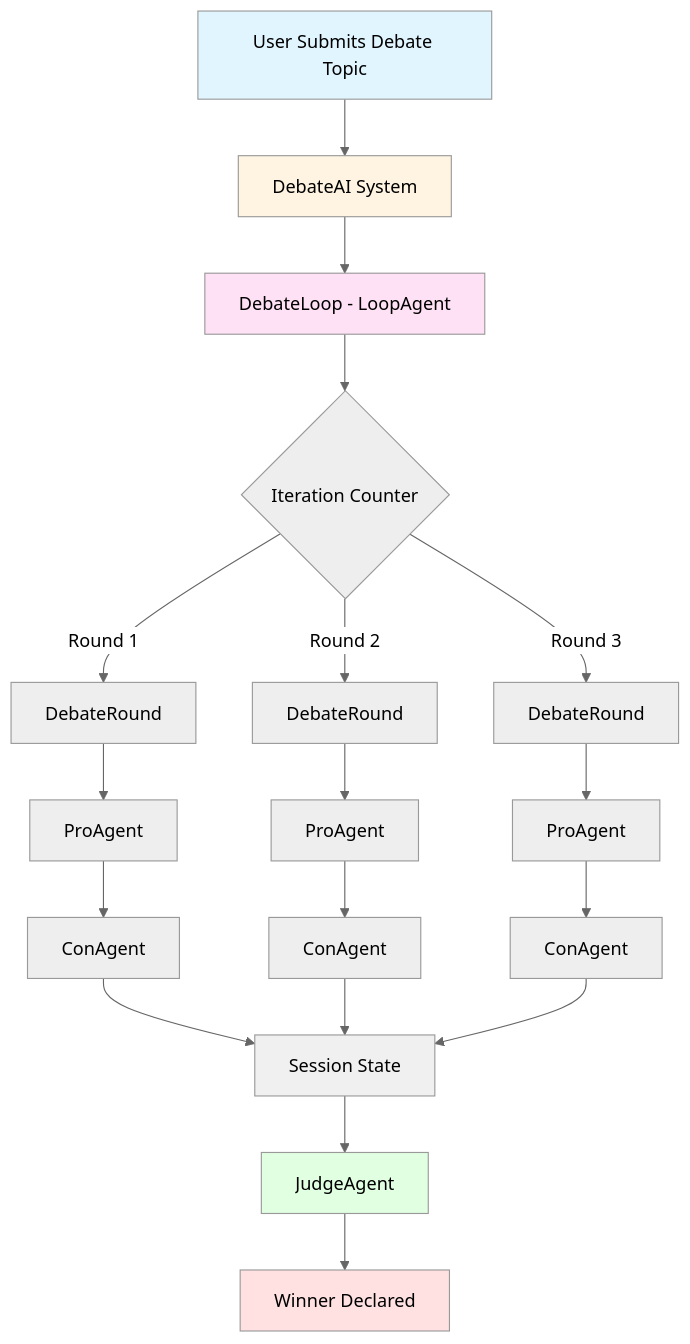
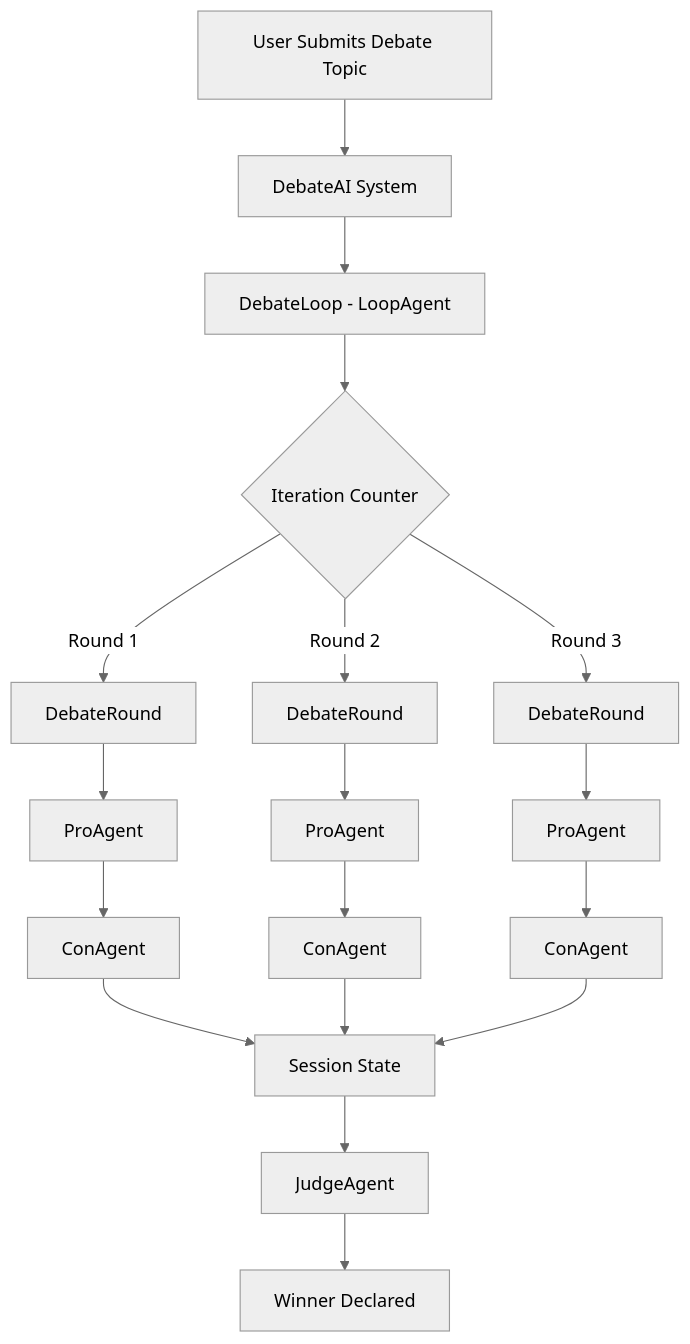
Before and after one commit to jayeeed/DebateAI: the second of 8 diagrams in DIAGRAMS.md, drawn with Mermaid (neutral theme). The commit also changed other lines of this file, not shown here.

Commit message:
Remove styling and structural rect blocks from Mermaid diagrams.

````diff
--- a/DIAGRAMS.md
+++ b/DIAGRAMS.md
@@ -36,33 +36,26 @@
 ```mermaid
 graph TD
     A[User Submits Debate Topic] --> B[DebateAI System]
     B --> C[DebateLoop - LoopAgent]
     C --> D{Iteration Counter}
     
     D -->|Round 1| E1[DebateRound]
     D -->|Round 2| E2[DebateRound]
     D -->|Round 3| E3[DebateRound]
     
     E1 --> F1[ProAgent]
     F1 --> G1[ConAgent]
     
     E2 --> F2[ProAgent]
     F2 --> G2[ConAgent]
     
     E3 --> F3[ProAgent]
     F3 --> G3[ConAgent]
     
     G1 --> H[Session State]
     G2 --> H
     G3 --> H
     
     H --> I[JudgeAgent]
     I --> J[Winner Declared]
-    
-    style A fill:#e1f5ff
-    style B fill:#fff4e1
-    style C fill:#ffe1f5
-    style I fill:#e1ffe1
-    style J fill:#ffe1e1
-    style H fill:#f0f0f0
 ```
````
